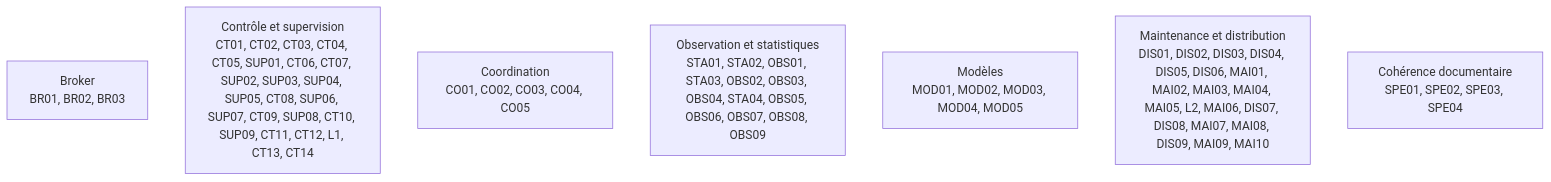
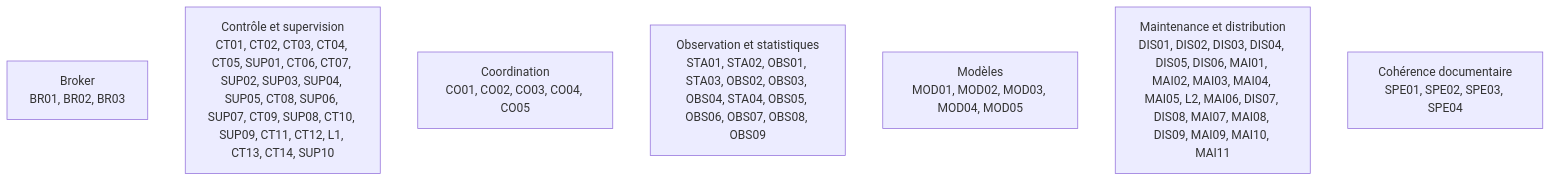
Before and after one commit to AzenorPixs/cab-codex-plugins: the first of 9 diagrams in DEVELOPMENT_MAP.md, drawn with Mermaid. The commit also changed other lines of this file and 105 other files, not shown here.

````diff
--- a/DEVELOPMENT_MAP.md
+++ b/DEVELOPMENT_MAP.md
@@ -19,10 +19,10 @@
 ```mermaid
 flowchart TB
     E1["Broker<br/>BR01, BR02, BR03"]
-    E2["Contrôle et supervision<br/>CT01, CT02, CT03, CT04, CT05, SUP01, CT06, CT07, SUP02, SUP03, SUP04, SUP05, CT08, SUP06, SUP07, CT09, SUP08, CT10, SUP09, CT11, CT12, L1, CT13, CT14"]
+    E2["Contrôle et supervision<br/>CT01, CT02, CT03, CT04, CT05, SUP01, CT06, CT07, SUP02, SUP03, SUP04, SUP05, CT08, SUP06, SUP07, CT09, SUP08, CT10, SUP09, CT11, CT12, L1, CT13, CT14, SUP10"]
     E3["Coordination<br/>CO01, CO02, CO03, CO04, CO05"]
     E4["Observation et statistiques<br/>STA01, STA02, OBS01, STA03, OBS02, OBS03, OBS04, STA04, OBS05, OBS06, OBS07, OBS08, OBS09"]
     E5["Modèles<br/>MOD01, MOD02, MOD03, MOD04, MOD05"]
-    E6["Maintenance et distribution<br/>DIS01, DIS02, DIS03, DIS04, DIS05, DIS06, MAI01, MAI02, MAI03, MAI04, MAI05, L2, MAI06, DIS07, DIS08, MAI07, MAI08, DIS09, MAI09, MAI10"]
+    E6["Maintenance et distribution<br/>DIS01, DIS02, DIS03, DIS04, DIS05, DIS06, MAI01, MAI02, MAI03, MAI04, MAI05, L2, MAI06, DIS07, DIS08, MAI07, MAI08, DIS09, MAI09, MAI10, MAI11"]
     E7["Cohérence documentaire<br/>SPE01, SPE02, SPE03, SPE04"]
 ```
````
